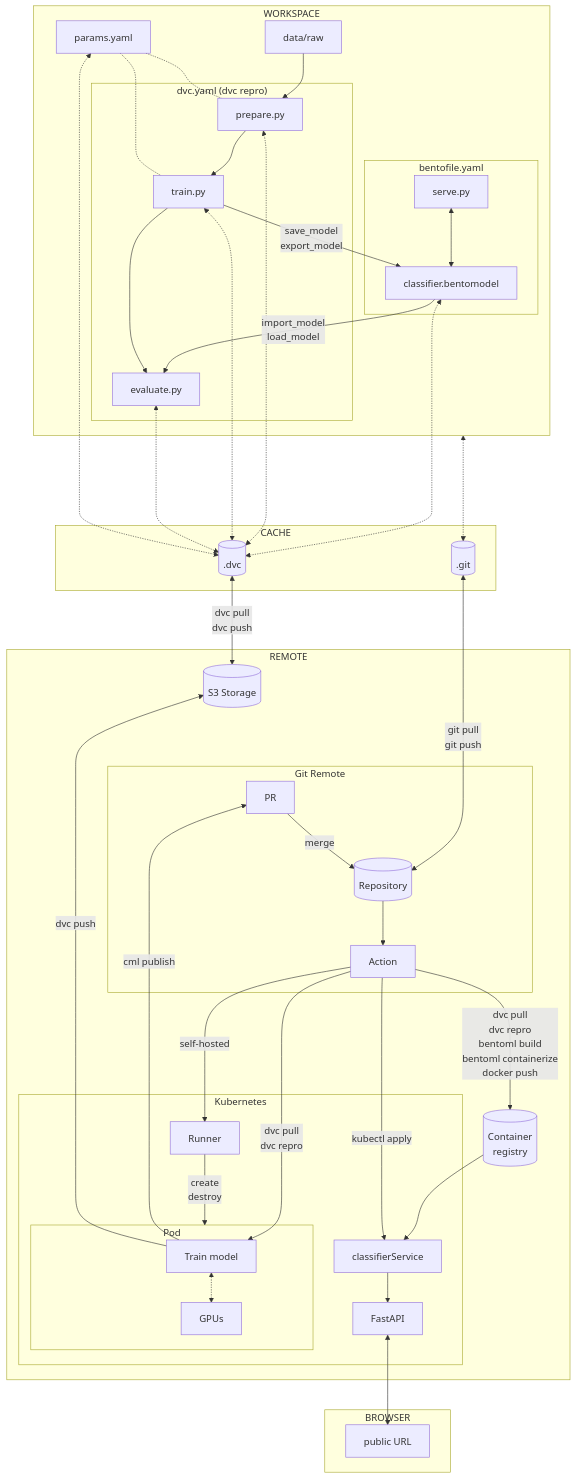
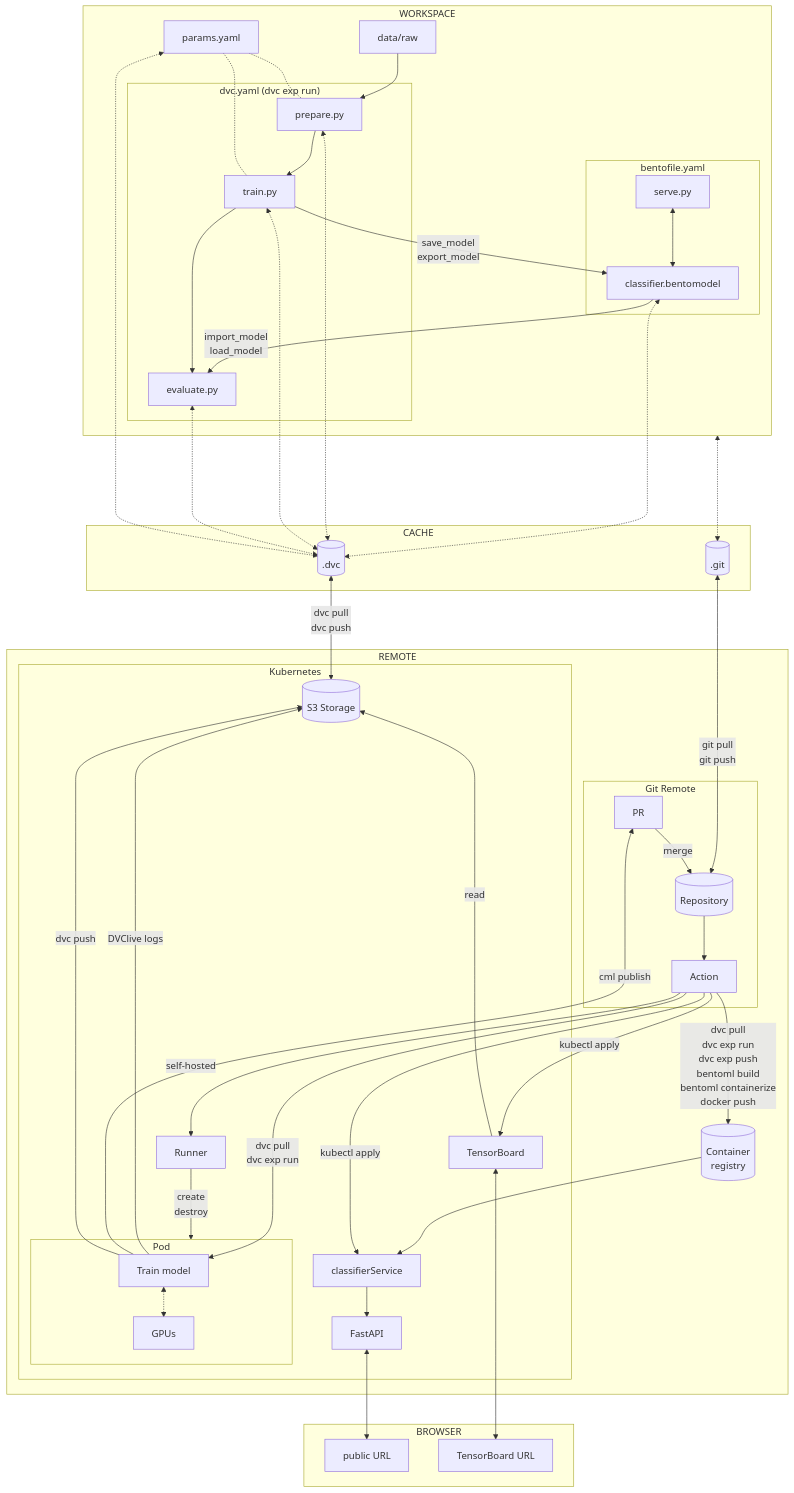
One commit to swiss-ai-center/a-guide-to-mlops changed the diagram in docs/part-3-serve-and-deploy/conclusion.md. Above: the diagram before and after it, drawn with Mermaid. The commit also changed other lines of this file, not shown here.

Commit message:
Update Part 3 conclusion for cloud experiment tracking

````diff
--- a/docs/part-3-serve-and-deploy/conclusion.md
+++ b/docs/part-3-serve-and-deploy/conclusion.md
@@ -18,72 +20,77 @@
 ```mermaid
 flowchart TB
     dot_dvc[(.dvc)] <-->|dvc pull
                          dvc push| s3_storage[(S3 Storage)]
     dot_git[(.git)] <-->|git pull
                          git push| repository[(Repository)]
     workspaceGraph <-....-> dot_git
     data[data/raw]
 
     subgraph cacheGraph[CACHE]
         dot_dvc
         dot_git
     end
 
     subgraph workspaceGraph[WORKSPACE]
         bento_model[classifier.bentomodel] <-.-> dot_dvc
         prepare[prepare.py] <-.-> dot_dvc
         train[train.py] <-.-> dot_dvc
         evaluate[evaluate.py] <-.-> dot_dvc
         data --> prepare
         bento_model --> |import_model
                          load_model|evaluate
         train --> |save_model
                    export_model|bento_model
-        subgraph dvcGraph["dvc.yaml (dvc repro)"]
+        subgraph dvcGraph["dvc.yaml (dvc exp run)"]
             prepare --> train
             train --> evaluate
         end
         params[params.yaml] -.- prepare
         params -.- train
         params <-.-> dot_dvc
         subgraph bentoGraph[bentofile.yaml]
             bento_model
             serve[serve.py] <--> bento_model
         end
     end
 
     subgraph remoteGraph[REMOTE]
         s3_storage
         subgraph gitGraph[Git Remote]
             repository[(Repository)] --> action[Action]
             request[PR] --> |merge|repository
         end
         action --> |dvc pull
-                    dvc repro
+                    dvc exp run
+                    dvc exp push
                     bentoml build
                     bentoml containerize
                     docker push|registry
         s3_storage ~~~ request
         subgraph clusterGraph[Kubernetes]
             subgraph clusterPodGraph[Pod]
                 pod_train[Train model] <-.-> k8s_gpu[GPUs]
             end
             pod_runner[Runner] --> |create
                                     destroy|clusterPodGraph
             action -->|dvc pull
-                       dvc repro| pod_train
+                       dvc exp run| pod_train
+            pod_train -->|DVClive logs| s3_storage
+            pod_tensorboard[TensorBoard] -->|read| s3_storage
             bento_service_cluster[classifierService] --> k8s_fastapi[FastAPI]
         end
         action --> |self-hosted|pod_runner
         pod_train -->|cml publish| request
         pod_train -->|dvc push| s3_storage
 
         registry[(Container
                   registry)] --> bento_service_cluster
         action --> |kubectl apply|bento_service_cluster
+        action --> |kubectl apply|pod_tensorboard
     end
 
     subgraph browserGraph[BROWSER]
         k8s_fastapi <--> publicURL["public URL"]
+        pod_tensorboard <--> tensorboardURL["TensorBoard URL"]
     end
 ```
````
